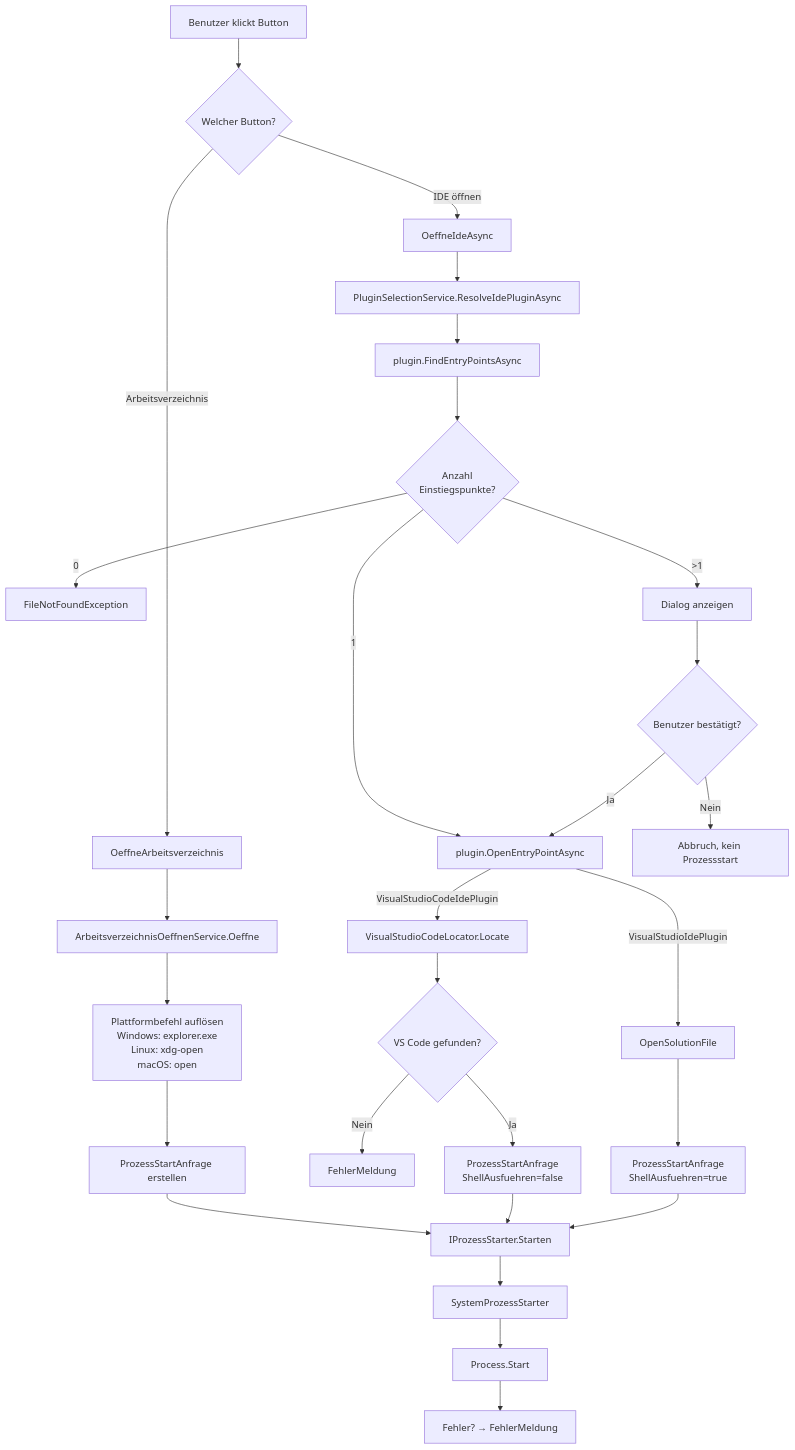
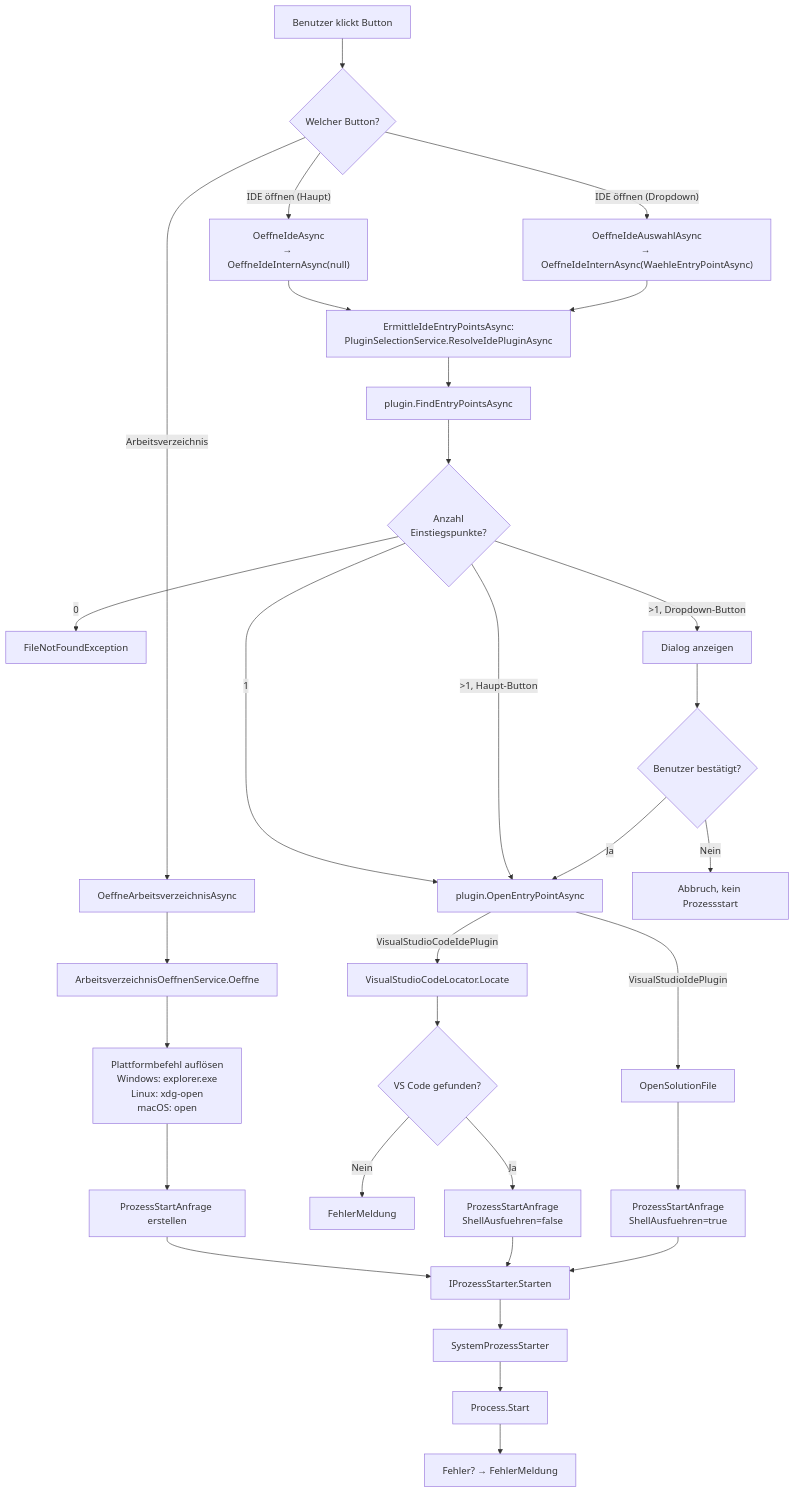
The diagram in docs/help/dateisystem-integration/ablauf-technisch.md (martin-stromberg/Softwareschmiede), drawn with Mermaid before and after one commit. The commit also changed other lines of this file and 32 other files, not shown here.

First line of the commit message:
fix: IDE-Split-Button-Fehlerbehandlung und Nachbereinigung (Fortsetzungszyklus)

````diff
--- a/docs/help/dateisystem-integration/ablauf-technisch.md
+++ b/docs/help/dateisystem-integration/ablauf-technisch.md
@@ -121,32 +131,35 @@
 ```mermaid
 flowchart TD
     A["Benutzer klickt Button"] --> B{"Welcher Button?"}
-    B -->|Arbeitsverzeichnis| C["OeffneArbeitsverzeichnis"]
-    B -->|IDE öffnen| D["OeffneIdeAsync"]
-    
+    B -->|Arbeitsverzeichnis| C["OeffneArbeitsverzeichnisAsync"]
+    B -->|"IDE öffnen (Haupt)"| D["OeffneIdeAsync<br/>→ OeffneIdeInternAsync(null)"]
+    B -->|"IDE öffnen (Dropdown)"| D2["OeffneIdeAuswahlAsync<br/>→ OeffneIdeInternAsync(WaehleEntryPointAsync)"]
+
     C --> E["ArbeitsverzeichnisOeffnenService.Oeffne"]
     E --> F["Plattformbefehl auflösen<br/>Windows: explorer.exe<br/>Linux: xdg-open<br/>macOS: open"]
     F --> G["ProzessStartAnfrage erstellen"]
     G --> H["IProzessStarter.Starten"]
     H --> I["SystemProzessStarter"]
     I --> J["Process.Start"]
     J --> K["Fehler? → FehlerMeldung"]
-    
-    D --> L["PluginSelectionService.ResolveIdePluginAsync"]
+
+    D --> L["ErmittleIdeEntryPointsAsync:<br/>PluginSelectionService.ResolveIdePluginAsync"]
+    D2 --> L
     L --> L2["plugin.FindEntryPointsAsync"]
     L2 --> M{"Anzahl<br/>Einstiegspunkte?"}
     M -->|0| M0["FileNotFoundException"]
     M -->|1| Z["plugin.OpenEntryPointAsync"]
-    M -->|">1"| P["Dialog anzeigen"]
+    M -->|">1, Haupt-Button"| Z
+    M -->|">1, Dropdown-Button"| P["Dialog anzeigen"]
     P --> Q{"Benutzer bestätigt?"}
     Q -->|Nein| R["Abbruch, kein Prozessstart"]
     Q -->|Ja| Z
     Z -->|VisualStudioIdePlugin| S["OpenSolutionFile"]
     Z -->|VisualStudioCodeIdePlugin| V["VisualStudioCodeLocator.Locate"]
     V --> W{"VS Code gefunden?"}
     W -->|Nein| X["FehlerMeldung"]
     W -->|Ja| Y["ProzessStartAnfrage<br/>ShellAusfuehren=false"]
     Y --> H
     S --> T["ProzessStartAnfrage<br/>ShellAusfuehren=true"]
     T --> H
 ```
````
